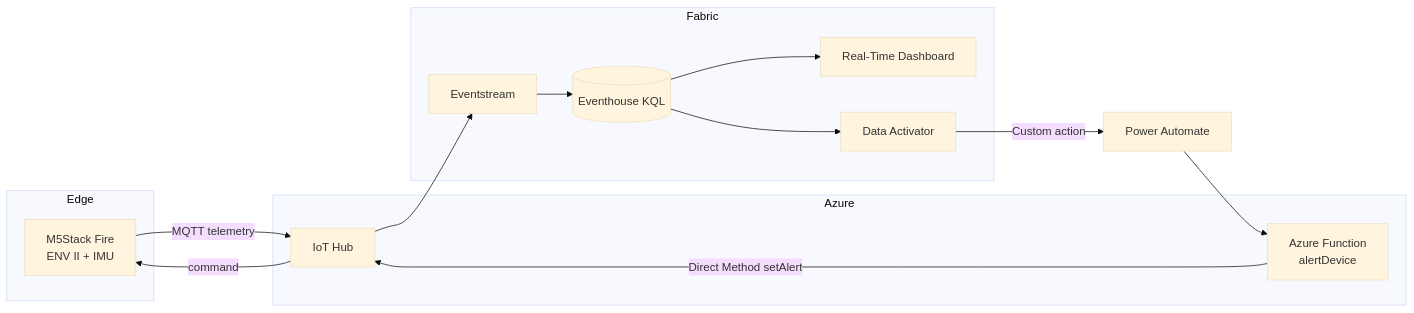
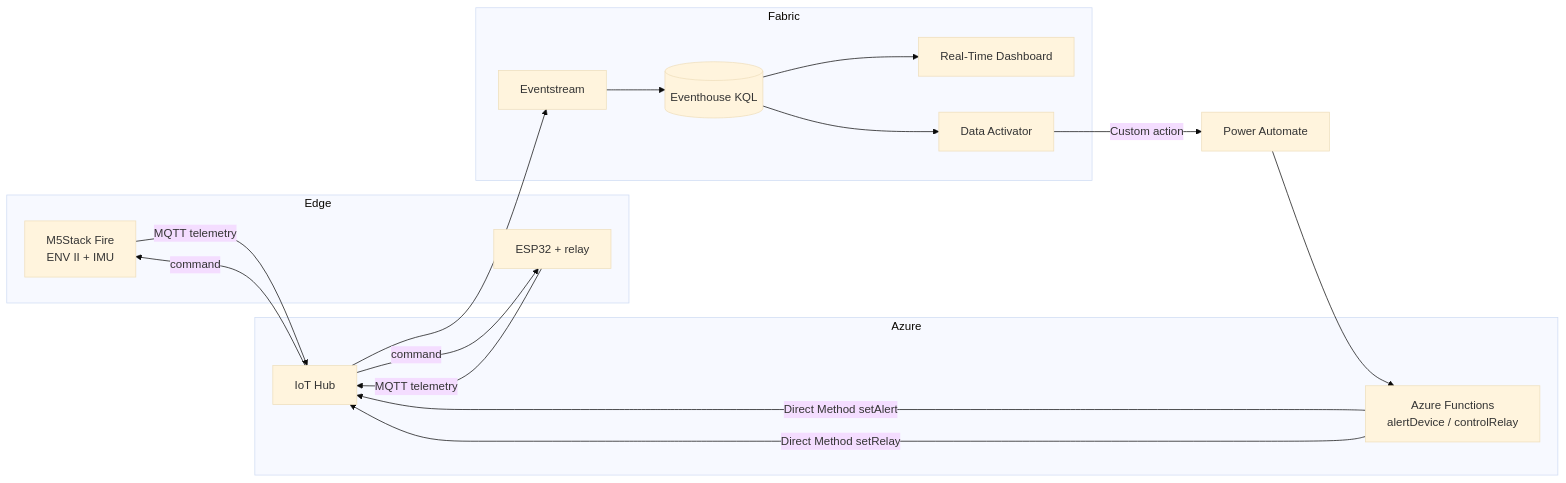
Before and after one commit to apamungkas/apamungkas.github.io: the diagram in rti_iot_control_system/README.md, drawn with Mermaid (base theme). The commit also changed other lines of this file, not shown here.

Commit message:
Update IoT control system documentation

````diff
--- a/rti_iot_control_system/README.md
+++ b/rti_iot_control_system/README.md
@@ -8,18 +10,21 @@
 ```mermaid
 flowchart LR
     subgraph Edge
       M5[M5Stack Fire\nENV II + IMU]
+      ESP[ESP32 + relay]
     end
     subgraph Azure
       HUB[IoT Hub]
-      FUNC[Azure Function\nalertDevice]
+      FUNC[Azure Functions\nalertDevice / controlRelay]
     end
     subgraph Fabric
       ES[Eventstream] --> EH[(Eventhouse KQL)]
       EH --> RTD[Real-Time Dashboard]
       EH --> ACT[Data Activator]
     end
     M5 -- MQTT telemetry --> HUB --> ES
+    ESP -- MQTT telemetry --> HUB
     ACT -- Custom action --> PA[Power Automate]
     PA --> FUNC -- Direct Method setAlert --> HUB -- command --> M5
+    FUNC -- Direct Method setRelay --> HUB -- command --> ESP
 ```
````
